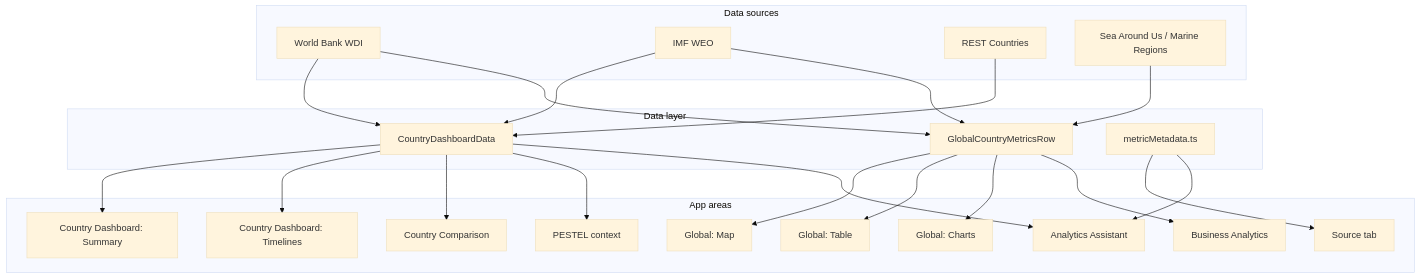
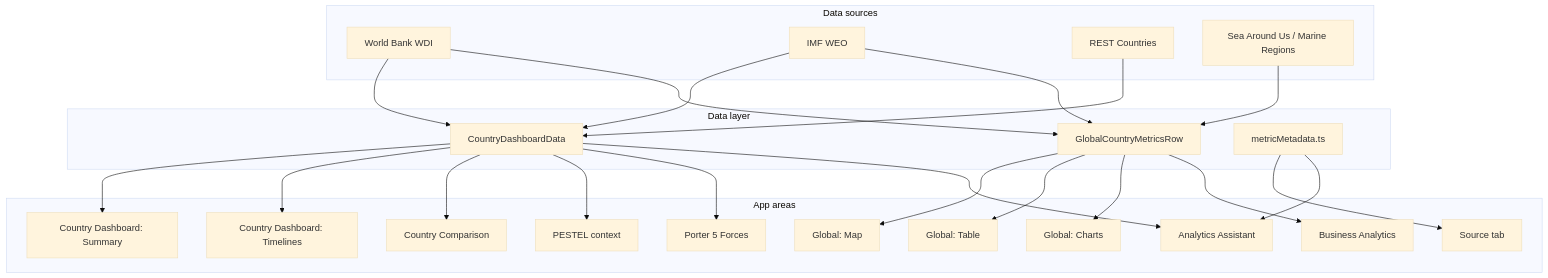
One commit to RifqiMT/country-analytics-dashboard changed the second of 2 diagrams in docs/VARIABLES.md. Above: the diagram before and after it, drawn with Mermaid (base theme). The commit also changed other lines of this file and 15 other files, not shown here.

````diff
--- a/docs/VARIABLES.md
+++ b/docs/VARIABLES.md
@@ -220,43 +227,45 @@
 ```mermaid
 flowchart TB
   subgraph Sources["Data sources"]
     WDI[World Bank WDI]
     IMF[IMF WEO]
     REST[REST Countries]
     SAU[Sea Around Us / Marine Regions]
   end
   subgraph DataLayer["Data layer"]
     CDD[CountryDashboardData]
     GCM[GlobalCountryMetricsRow]
     Meta[metricMetadata.ts]
   end
   subgraph AppAreas["App areas"]
     Summary[Country Dashboard: Summary]
     Timeline[Country Dashboard: Timelines]
     Compare[Country Comparison]
     Map[Global: Map]
     Table[Global: Table]
     Charts[Global: Charts]
     BA[Business Analytics]
     PESTEL[PESTEL context]
+    Porter5[Porter 5 Forces]
     Chat[Analytics Assistant]
     Source[Source tab]
   end
   WDI --> CDD
   WDI --> GCM
   IMF --> CDD
   IMF --> GCM
   REST --> CDD
   SAU --> GCM
   CDD --> Summary
   CDD --> Timeline
   CDD --> Compare
   CDD --> PESTEL
+  CDD --> Porter5
   CDD --> Chat
   GCM --> Map
   GCM --> Table
   GCM --> Charts
   GCM --> BA
   Meta --> Source
   Meta --> Chat
 ```
````
